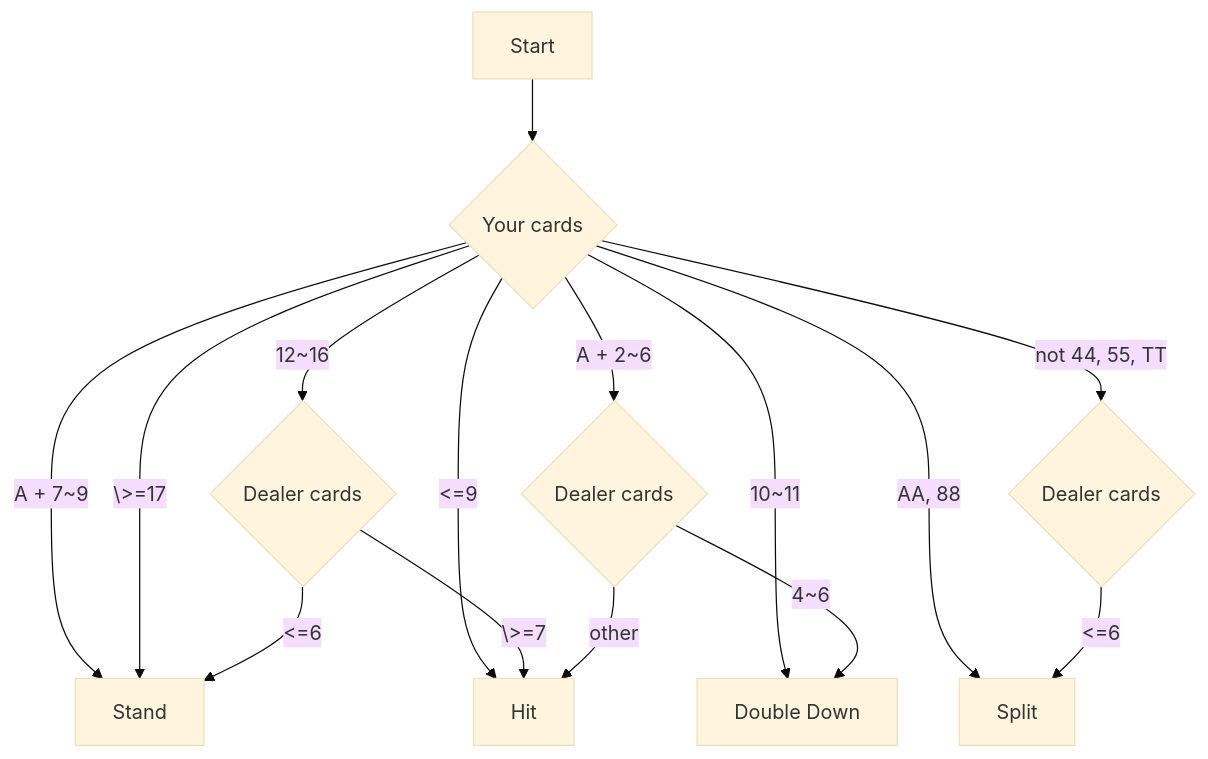
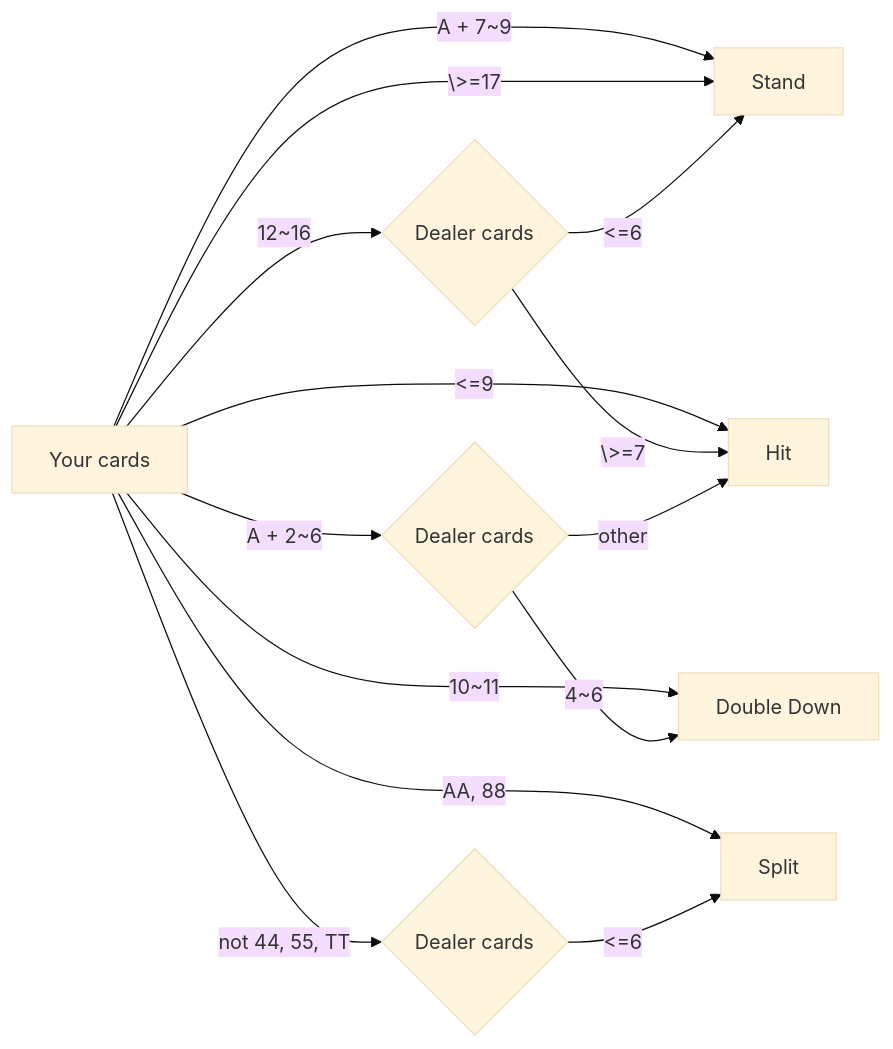
One commit to eric19960304/blackjack-basic-strategy-decision-tree changed the first of 2 diagrams in README.md. Above: the diagram before and after it, drawn with Mermaid (base theme). The commit also changed other lines of this file, not shown here.

````diff
--- a/README.md
+++ b/README.md
@@ -3,20 +5,25 @@
 ```mermaid
-flowchart TD
-    S[Start] --> playerCards{Your cards}
+flowchart LR
+    playerCards[Your cards]
 
     playerCards --> |A + 7~9| stand
     playerCards --> |\>=17| stand
     playerCards --> |12~16| delarCards{Dealer cards}
-    playerCards --> |10~11| doubleDown[Double Down]
-    playerCards --> |<=9| hit[Hit]
-    playerCards --> |AA, 88| split[Split]
+    playerCards --> |10~11| doubleDown
+    playerCards --> |<=9| hit
+    playerCards --> |AA, 88| split
     playerCards --> |not 44, 55, TT| delarCards3{Dealer cards}
 
     playerCards --> |A + 2~6| delarCards2{Dealer cards}
 
-    delarCards --> | <=6| stand[Stand]
-    delarCards --> | \>=7| hit[Hit]
-    delarCards2 --> |4~6| doubleDown[Double Down]
-    delarCards2 --> |other| hit[Hit]
-    delarCards3 --> |<=6| split[Split]
+    delarCards --> | <=6| stand
+    delarCards --> | \>=7| hit
+    delarCards2 --> |4~6| doubleDown
+    delarCards2 --> |other| hit
+    delarCards3 --> |<=6| split
+
+    stand[Stand]
+    hit[Hit]
+    doubleDown[Double Down]
+    split[Split]
 ```
````
